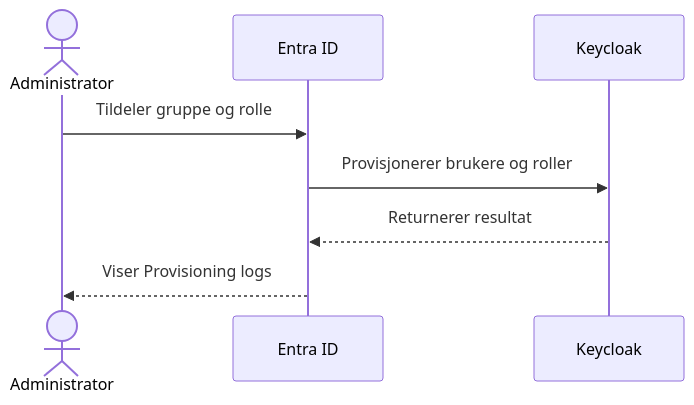
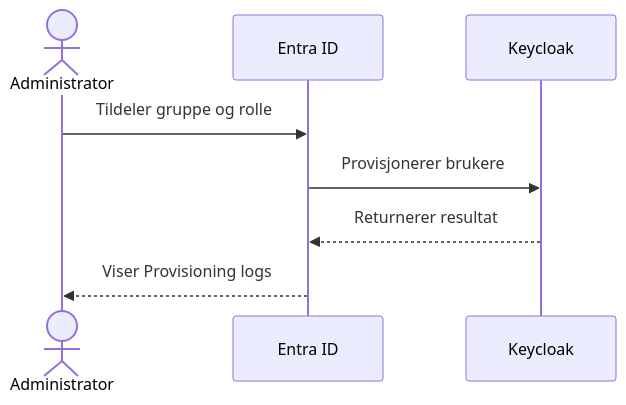
One commit to FINTLabs/flais-keycloak changed the third of 3 diagrams in docs/external/no/fint/federation/federation.md. Above: the diagram before and after it, drawn with Mermaid. The commit also changed other lines of this file, not shown here.

````diff
--- a/docs/external/no/fint/federation/federation.md
+++ b/docs/external/no/fint/federation/federation.md
@@ -136,11 +154,11 @@
 ```mermaid
 sequenceDiagram
     actor Administrator
     participant Entra as Entra ID
     participant Keycloak
 
     Administrator->>Entra: Tildeler gruppe og rolle
-    Entra->>Keycloak: Provisjonerer brukere og roller
+    Entra->>Keycloak: Provisjonerer brukere
     Keycloak-->>Entra: Returnerer resultat
     Entra-->>Administrator: Viser Provisioning logs
 ```
````
